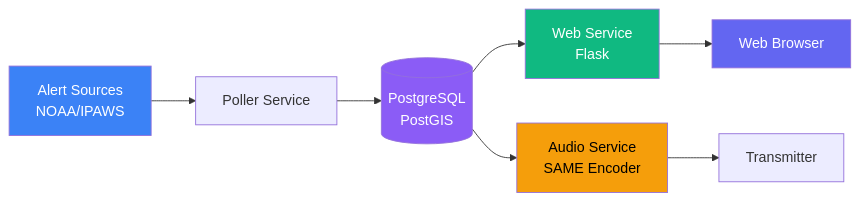
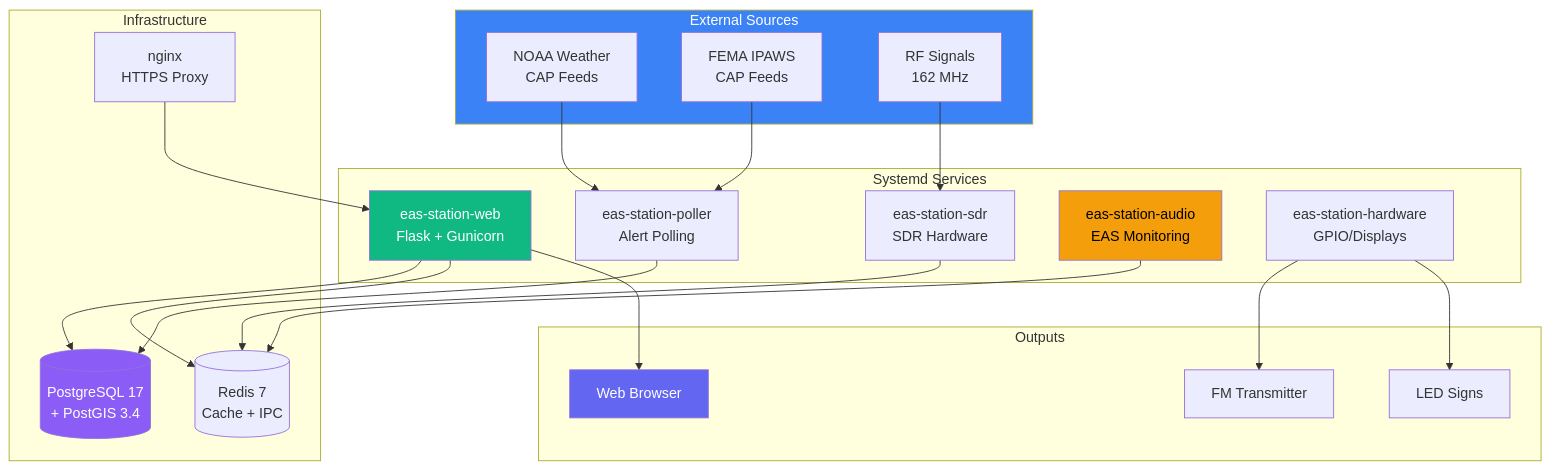
The first of 3 diagrams in README.md (chelstein/eas-station), drawn with Mermaid before and after one commit. The commit also changed other lines of this file and 2 other files, not shown here.

Commit message:
Update README diagrams and add comprehensive technology stack

````diff
--- a/README.md
+++ b/README.md
@@ -45,15 +46,49 @@
 ```mermaid
-graph LR
-    A[Alert Sources<br/>NOAA/IPAWS] --> P[Poller Service]
-    P --> DB[(PostgreSQL<br/>PostGIS)]
-    DB --> W[Web Service<br/>Flask]
-    DB --> AS[Audio Service<br/>SAME Encoder]
-    AS --> TX[Transmitter]
-    W --> UI[Web Browser]
+graph TB
+    subgraph External["External Sources"]
+        NOAA[NOAA Weather<br/>CAP Feeds]
+        IPAWS[FEMA IPAWS<br/>CAP Feeds]
+        RF[RF Signals<br/>162 MHz]
+    end
 
-    style A fill:#3b82f6,color:#fff
+    subgraph Services["Systemd Services"]
+        POLL[eas-station-poller<br/>Alert Polling]
+        WEB[eas-station-web<br/>Flask + Gunicorn]
+        SDR[eas-station-sdr<br/>SDR Hardware]
+        AUDIO[eas-station-audio<br/>EAS Monitoring]
+        HW[eas-station-hardware<br/>GPIO/Displays]
+    end
+
+    subgraph Infrastructure["Infrastructure"]
+        DB[(PostgreSQL 17<br/>+ PostGIS 3.4)]
+        REDIS[(Redis 7<br/>Cache + IPC)]
+        NGINX[nginx<br/>HTTPS Proxy]
+    end
+
+    subgraph Output["Outputs"]
+        TX[FM Transmitter]
+        UI[Web Browser]
+        LED[LED Signs]
+    end
+
+    NOAA --> POLL
+    IPAWS --> POLL
+    RF --> SDR
+    
+    POLL --> DB
+    WEB --> DB
+    WEB --> REDIS
+    SDR --> REDIS
+    AUDIO --> REDIS
+    
+    NGINX --> WEB
+    WEB --> UI
+    HW --> TX
+    HW --> LED
+    
+    style External fill:#3b82f6,color:#fff
     style DB fill:#8b5cf6,color:#fff
-    style W fill:#10b981,color:#fff
-    style AS fill:#f59e0b,color:#000
+    style WEB fill:#10b981,color:#fff
+    style AUDIO fill:#f59e0b,color:#000
     style UI fill:#6366f1,color:#fff
 ```
````
